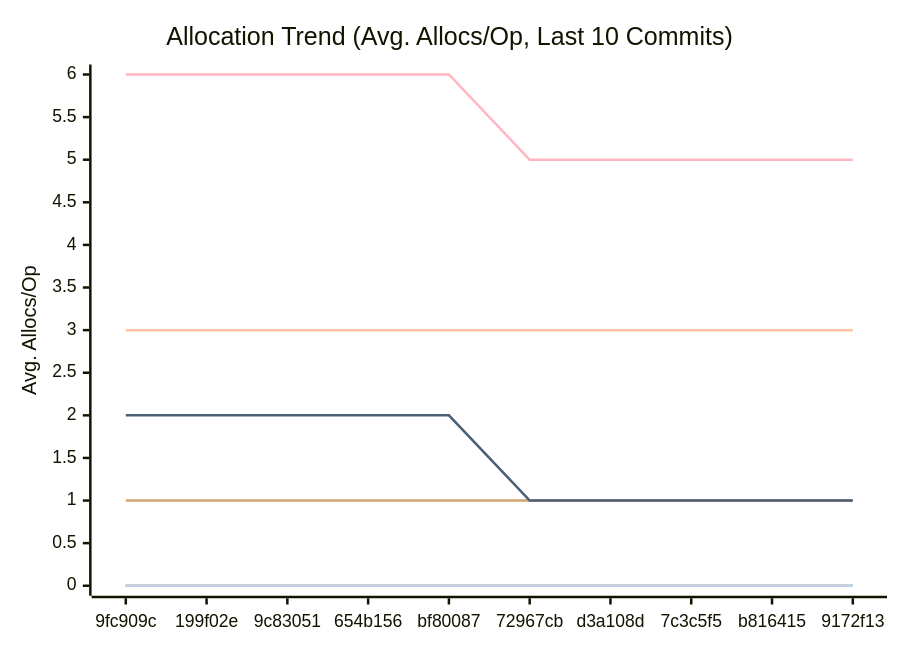
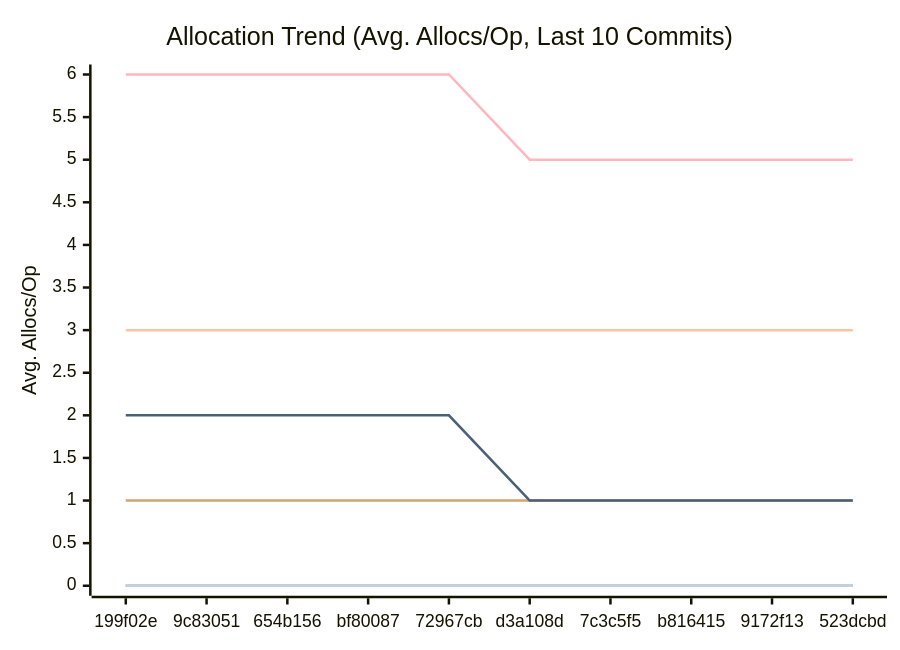
The third of 3 diagrams in docs/PERFORMANCE.md (alsotoes/momo), drawn with Mermaid before and after one commit. The commit also changed other lines of this file and 2 other files, not shown here.

````diff
--- a/docs/PERFORMANCE.md
+++ b/docs/PERFORMANCE.md
@@ -114,16 +114,16 @@
 ```mermaid
 xychart-beta
     title "Allocation Trend (Avg. Allocs/Op, Last 10 Commits)"
     x-axis "Commit"
     y-axis "Avg. Allocs/Op"
-    x-axis [9fc909c,199f02e,9c83051,654b156,bf80087,72967cb,d3a108d,7c3c5f5,b816415,9172f13]
+    x-axis [199f02e,9c83051,654b156,bf80087,72967cb,d3a108d,7c3c5f5,b816415,9172f13,523dcbd]
     line "CheckMetricsAndSwap" [0,0,0,0,0,0,0,0,0,0]
     line "CrushOptimized" [0,0,0,0,0,0,0,0,0,0]
     line "CrushOriginal" [3,3,3,3,3,3,3,3,3,3]
     line "IndexDirectTracking" [0,0,0,0,0,0,0,0,0,0]
     line "IndexSearch" [0,0,0,0,0,0,0,0,0,0]
     line "LoadGlobalConfig" [1,1,1,1,1,1,1,1,1,1]
     line "PadString" [0,0,0,0,0,0,0,0,0,0]
     line "ParseReplicationOrder_NoPrealloc" [6,6,6,6,6,5,5,5,5,5]
     line "ParseReplicationOrder_Prealloc" [2,2,2,2,2,1,1,1,1,1]
 ```
````
